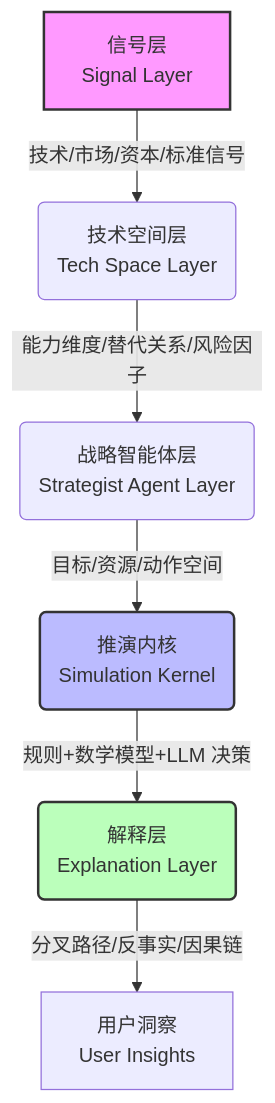
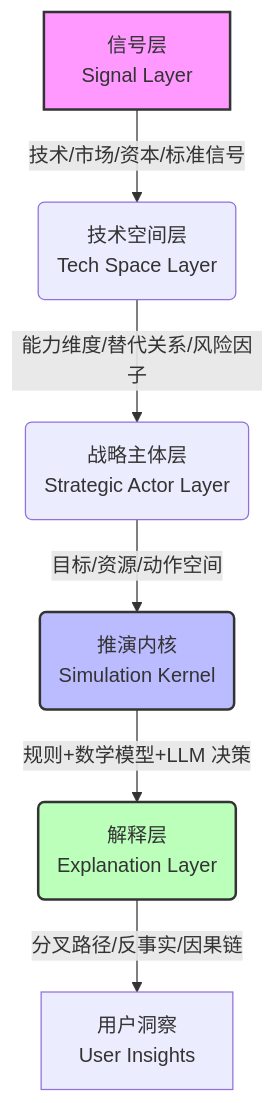
The diagram in README.zh.md (StrategyLogic/omen), drawn with Mermaid before and after one commit. The commit also changed other lines of this file and 27 other files, not shown here.

````diff
--- a/README.zh.md
+++ b/README.zh.md
@@ -75,12 +75,12 @@
 ```mermaid
 graph TD
     A[信号层<br/>Signal Layer] -->|技术/市场/资本/标准信号 | B(技术空间层<br/>Tech Space Layer)
-    B -->|能力维度/替代关系/风险因子 | C(战略智能体层<br/>Strategist Agent Layer)
+    B -->|能力维度/替代关系/风险因子 | C(战略主体层<br/>Strategic Actor Layer)
     C -->|目标/资源/动作空间 | D(推演内核<br/>Simulation Kernel)
     D -->|规则+数学模型+LLM 决策 | E(解释层<br/>Explanation Layer)
     E -->|分叉路径/反事实/因果链 | F[用户洞察<br/>User Insights]
     
     style A fill:#f9f,stroke:#333,stroke-width:2px
     style D fill:#bbf,stroke:#333,stroke-width:2px
     style E fill:#bfb,stroke:#333,stroke-width:2px
 ```
````
